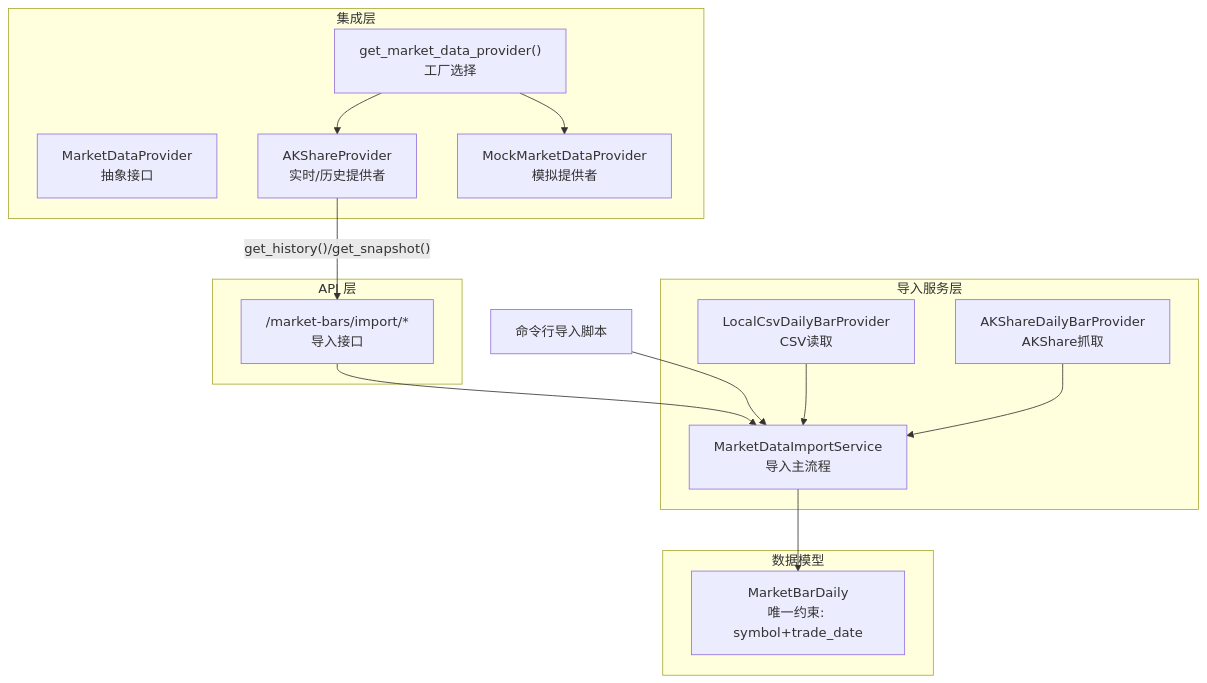
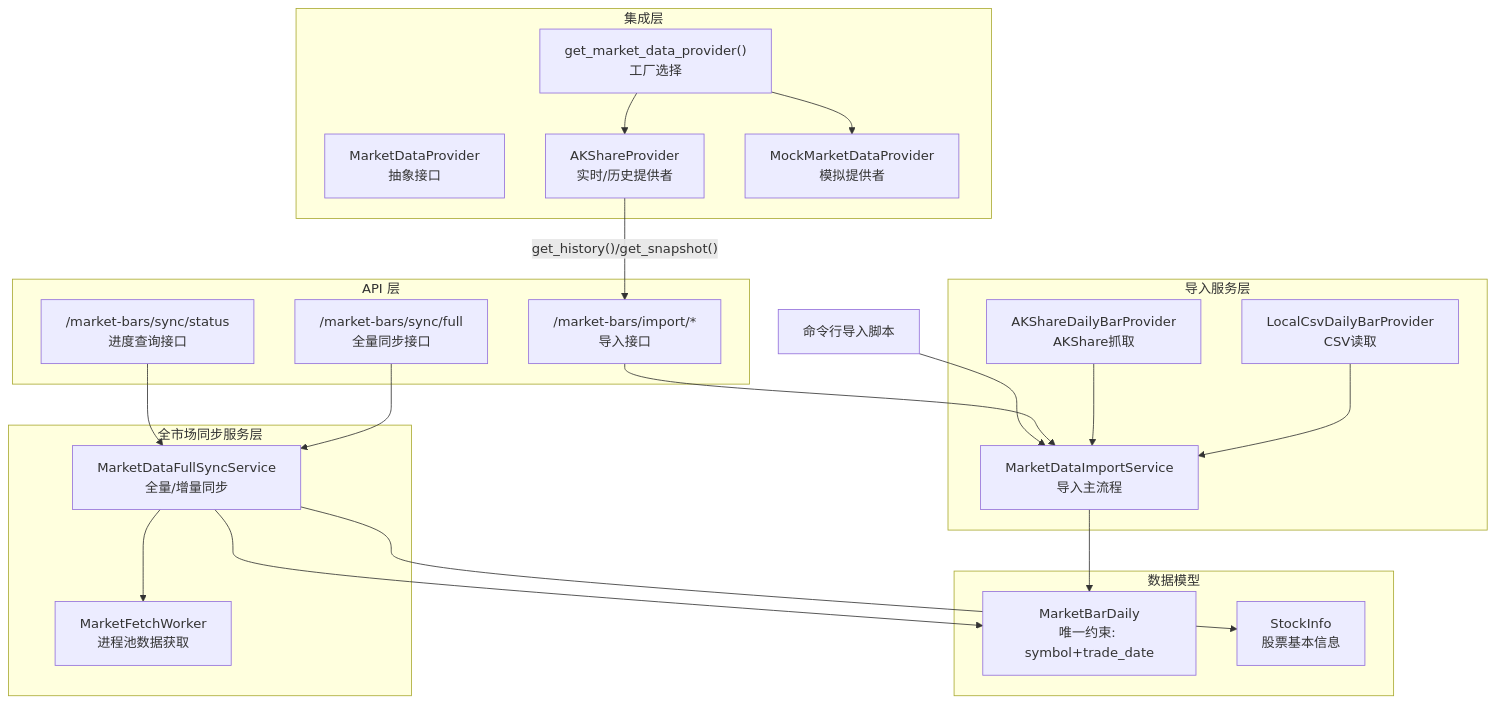
One commit to javelin-dot/llmine-quant changed the first of 9 diagrams in .qoder/repowiki/zh/content/核心功能模块/数据管理/市场数据导入.md. Above: the diagram before and after it, drawn with Mermaid. The commit also changed other lines of this file and 19 other files, not shown here.

````diff
--- a/.qoder/repowiki/zh/content/核心功能模块/数据管理/市场数据导入.md
+++ b/.qoder/repowiki/zh/content/核心功能模块/数据管理/市场数据导入.md
@@ -48,29 +61,41 @@
 ```mermaid
 graph TB
 subgraph "导入服务层"
 Svc["MarketDataImportService<br/>导入主流程"]
 CSVProv["LocalCsvDailyBarProvider<br/>CSV读取"]
 AKProv["AKShareDailyBarProvider<br/>AKShare抓取"]
+end
+subgraph "全市场同步服务层"
+FullSync["MarketDataFullSyncService<br/>全量/增量同步"]
+Worker["MarketFetchWorker<br/>进程池数据获取"]
 end
 subgraph "集成层"
 Base["MarketDataProvider<br/>抽象接口"]
 Factory["get_market_data_provider()<br/>工厂选择"]
 AKShare["AKShareProvider<br/>实时/历史提供者"]
 Mock["MockMarketDataProvider<br/>模拟提供者"]
 end
 subgraph "API 层"
 API["/market-bars/import/*<br/>导入接口"]
+FullSyncAPI["/market-bars/sync/full<br/>全量同步接口"]
+StatusAPI["/market-bars/sync/status<br/>进度查询接口"]
 end
 subgraph "数据模型"
 Model["MarketBarDaily<br/>唯一约束: symbol+trade_date"]
+StockInfo["StockInfo<br/>股票基本信息"]
 end
 Script["命令行导入脚本"]
 CSVProv --> Svc
 AKProv --> Svc
 Svc --> Model
+FullSync --> Worker
+FullSync --> Model
+FullSync --> StockInfo
 API --> Svc
+FullSyncAPI --> FullSync
+StatusAPI --> FullSync
 Script --> Svc
 Factory --> AKShare
 Factory --> Mock
 AKShare --> |"get_history()/get_snapshot()"| API
 ```
````
